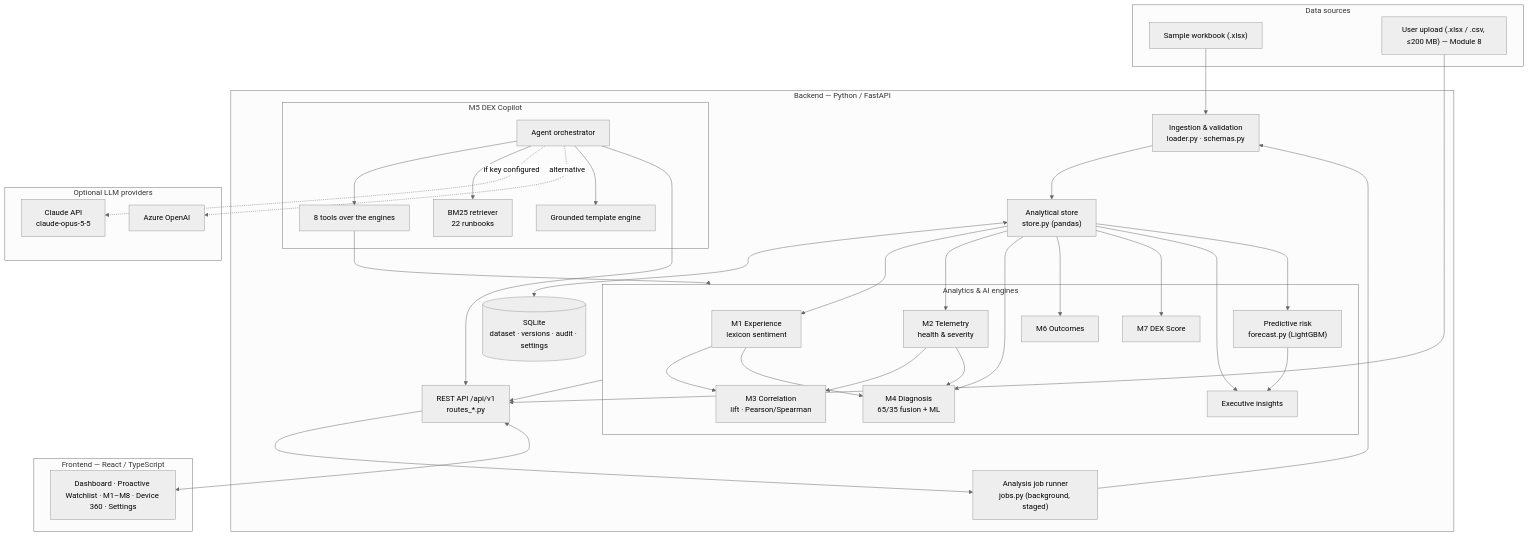
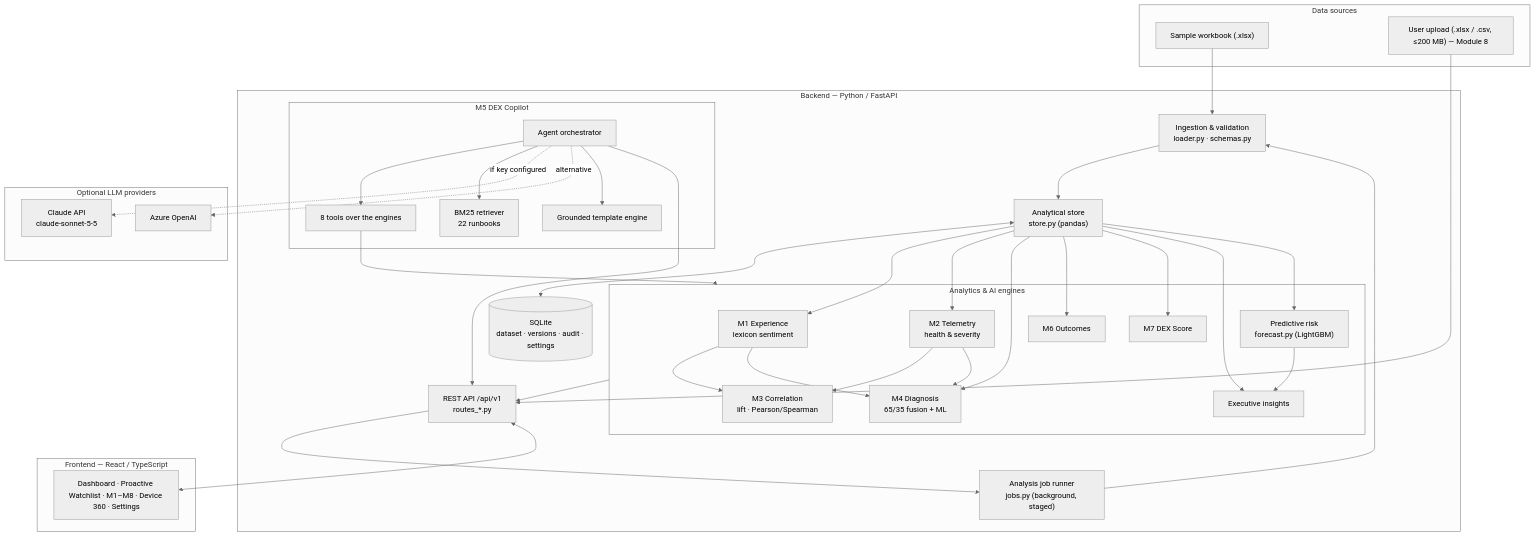
One commit to VijayVishwanath/SentimentCorrelation changed the first of 7 diagrams in documentation.md. Above: the diagram before and after it, drawn with Mermaid (neutral theme). The commit also changed other lines of this file and 52 other files, not shown here.

First line of the commit message:
Evaluation round final: sentiment dimensions, simplified dashboard, architecture docs, pitch

````diff
--- a/documentation.md
+++ b/documentation.md
@@ -228,58 +228,58 @@
 ```mermaid
 flowchart TB
     subgraph Sources["Data sources"]
         XLSX["Sample workbook (.xlsx)"]
         UP["User upload (.xlsx / .csv, ≤200 MB) — Module 8"]
     end
 
     subgraph Backend["Backend — Python / FastAPI"]
         ING["Ingestion & validation<br/>loader.py · schemas.py"]
         JOB["Analysis job runner<br/>jobs.py (background, staged)"]
         STORE["Analytical store<br/>store.py (pandas)"]
         DB[("SQLite<br/>dataset · versions · audit · settings")]
         subgraph Engines["Analytics & AI engines"]
             M1["M1 Experience<br/>lexicon sentiment"]
             M2["M2 Telemetry<br/>health & severity"]
             M3["M3 Correlation<br/>lift · Pearson/Spearman"]
             M4["M4 Diagnosis<br/>65/35 fusion + ML"]
             M6["M6 Outcomes"]
             M7["M7 DEX Score"]
             INS["Executive insights"]
             FC["Predictive risk<br/>forecast.py (LightGBM)"]
         end
         subgraph Copilot["M5 DEX Copilot"]
             AG["Agent orchestrator"]
             TOOLS["8 tools over the engines"]
             RAG["BM25 retriever<br/>22 runbooks"]
             TPL["Grounded template engine"]
         end
         API["REST API /api/v1<br/>routes_*.py"]
     end
 
     subgraph LLM["Optional LLM providers"]
-        CL["Claude API<br/>claude-opus-5-5"]
+        CL["Claude API<br/>claude-sonnet-5-5"]
         AZ["Azure OpenAI"]
     end
 
     subgraph Frontend["Frontend — React / TypeScript"]
         UI["Dashboard · Proactive Watchlist · M1–M8 · Device 360 · Settings"]
     end
 
     XLSX --> ING
     UP --> API --> JOB --> ING
     ING --> STORE
     STORE <--> DB
     STORE --> M1 & M2 --> M3
     STORE --> M4 & M6 & M7 & INS
     STORE --> FC --> INS
     M1 --> M4
     M2 --> M4
     AG --> TOOLS --> Engines
     AG --> RAG
     AG -. "if key configured" .-> CL
     AG -. "alternative" .-> AZ
     AG --> TPL
     Engines --> API
     AG --> API
     API <--> UI
 ```
````
